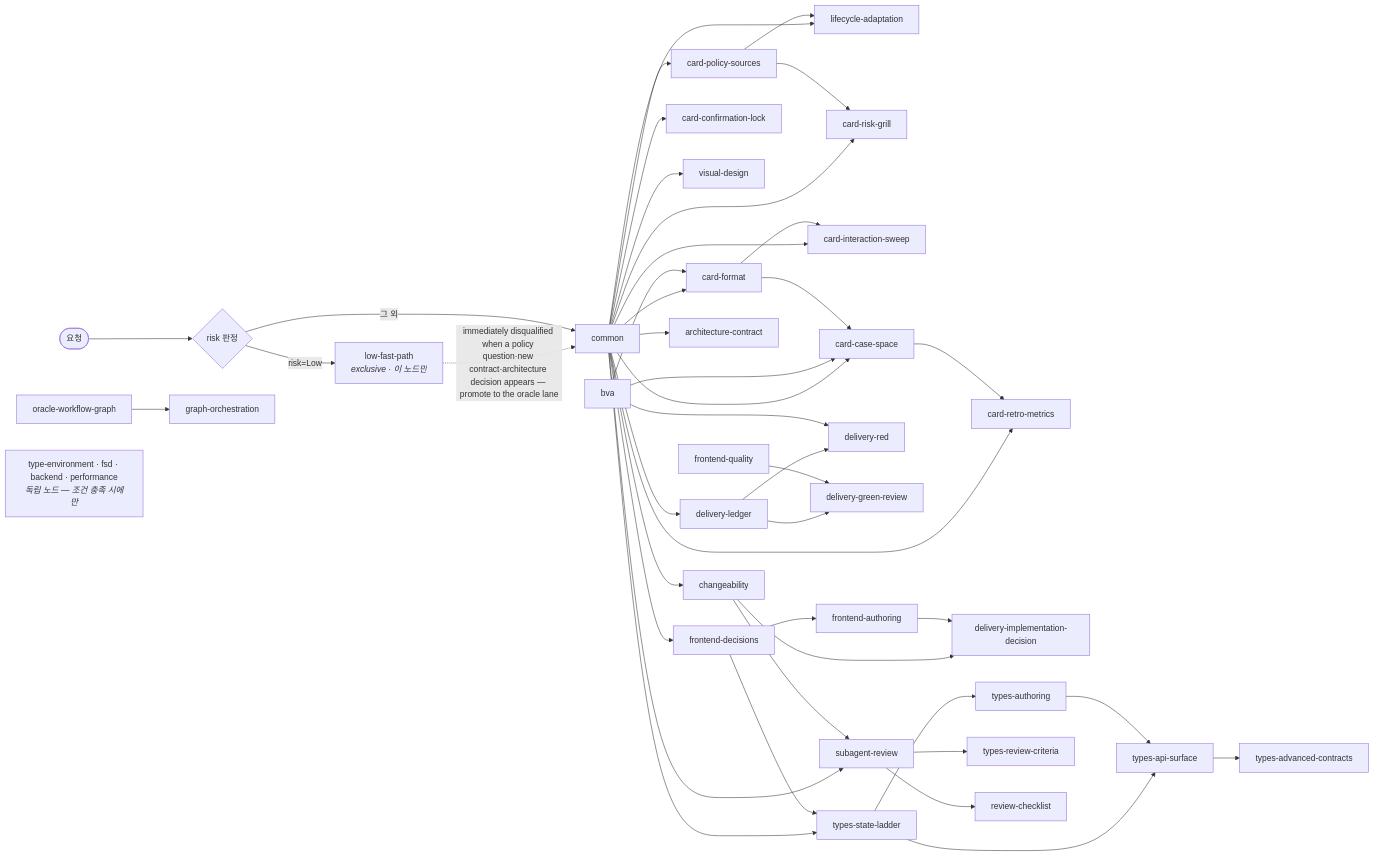
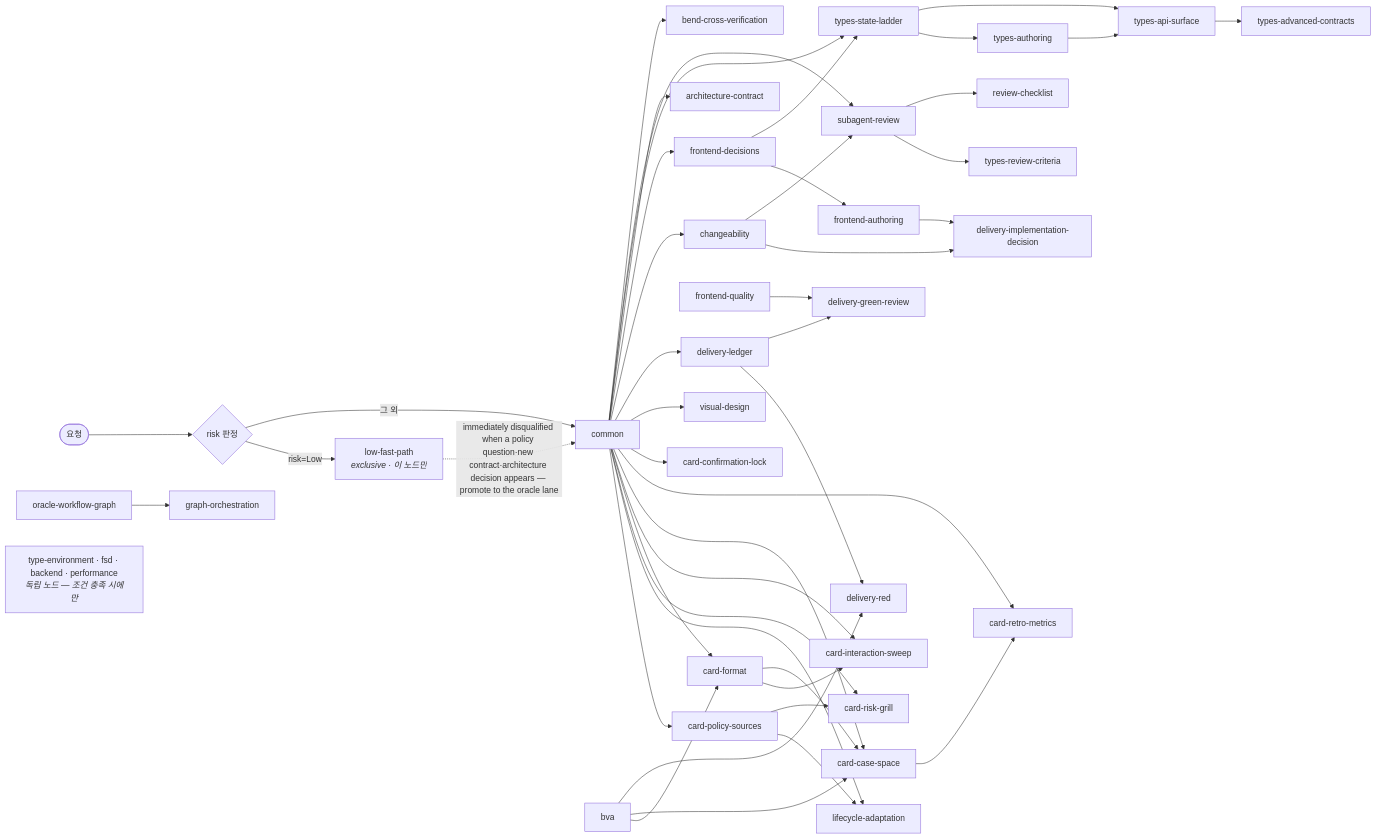
Before and after one commit to lodado/shareds: the second of 2 diagrams in packages/frontend-oracle-design/skills/README.md, drawn with Mermaid. The commit also changed 8 other files, not shown here.

Commit message:
feat(frontend-oracle-design): add automatic Bend cross-verification

````diff
--- a/packages/frontend-oracle-design/skills/README.md
+++ b/packages/frontend-oracle-design/skills/README.md
@@ -144,74 +144,76 @@
 ```mermaid
 flowchart LR
   START(["요청"]) --> RISK{"risk 판정"}
   RISK -->|"risk=Low"| low_fast_path["low-fast-path<br/><i>exclusive · 이 노드만</i>"]
   low_fast_path -.->|"immediately disqualified when a policy question·new contract·architecture decision appears — promote to the oracle lane"| common
   RISK -->|"그 외"| common["common"]
 
   card_policy_sources["card-policy-sources"]
   lifecycle_adaptation["lifecycle-adaptation"]
   card_risk_grill["card-risk-grill"]
   card_format["card-format"]
   card_interaction_sweep["card-interaction-sweep"]
   card_case_space["card-case-space"]
   card_retro_metrics["card-retro-metrics"]
   card_confirmation_lock["card-confirmation-lock"]
   visual_design["visual-design"]
   delivery_ledger["delivery-ledger"]
   delivery_red["delivery-red"]
   delivery_implementation_decision["delivery-implementation-decision"]
   delivery_green_review["delivery-green-review"]
   frontend_decisions["frontend-decisions"]
   frontend_authoring["frontend-authoring"]
   frontend_quality["frontend-quality"]
   architecture_contract["architecture-contract"]
   types_state_ladder["types-state-ladder"]
   types_authoring["types-authoring"]
   types_api_surface["types-api-surface"]
   types_advanced_contracts["types-advanced-contracts"]
   types_review_criteria["types-review-criteria"]
   subagent_review["subagent-review"]
   review_checklist["review-checklist"]
   graph_orchestration["graph-orchestration"]
+  bend_cross_verification["bend-cross-verification"]
   oracle_workflow_graph["oracle-workflow-graph"]
 
   common --> card_policy_sources
   common --> lifecycle_adaptation
   card_policy_sources --> lifecycle_adaptation
   common --> card_risk_grill
   card_policy_sources --> card_risk_grill
   common --> card_format
   bva --> card_format
   common --> card_interaction_sweep
   card_format --> card_interaction_sweep
   common --> card_case_space
   bva --> card_case_space
   card_format --> card_case_space
   common --> card_retro_metrics
   card_case_space --> card_retro_metrics
   common --> card_confirmation_lock
   common --> visual_design
   common --> delivery_ledger
   delivery_ledger --> delivery_red
   bva --> delivery_red
   changeability --> delivery_implementation_decision
   frontend_authoring --> delivery_implementation_decision
   delivery_ledger --> delivery_green_review
   frontend_quality --> delivery_green_review
   common --> changeability
   common --> frontend_decisions
   frontend_decisions --> frontend_authoring
   common --> architecture_contract
   common --> types_state_ladder
   frontend_decisions --> types_state_ladder
   types_state_ladder --> types_authoring
   types_state_ladder --> types_api_surface
   types_authoring --> types_api_surface
   types_api_surface --> types_advanced_contracts
   subagent_review --> types_review_criteria
   common --> subagent_review
   changeability --> subagent_review
   subagent_review --> review_checklist
   oracle_workflow_graph --> graph_orchestration
+  common --> bend_cross_verification
   IND["type-environment · fsd · backend · performance<br/><i>독립 노드 — 조건 충족 시에만</i>"]
 ```
````
